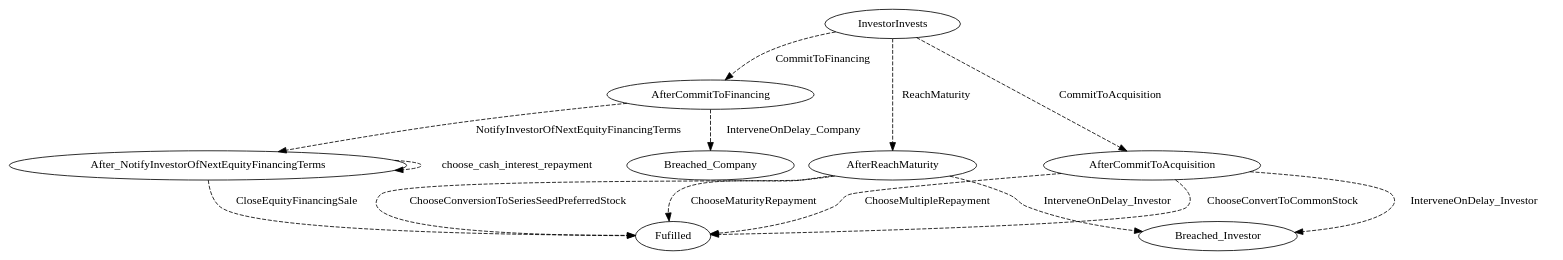
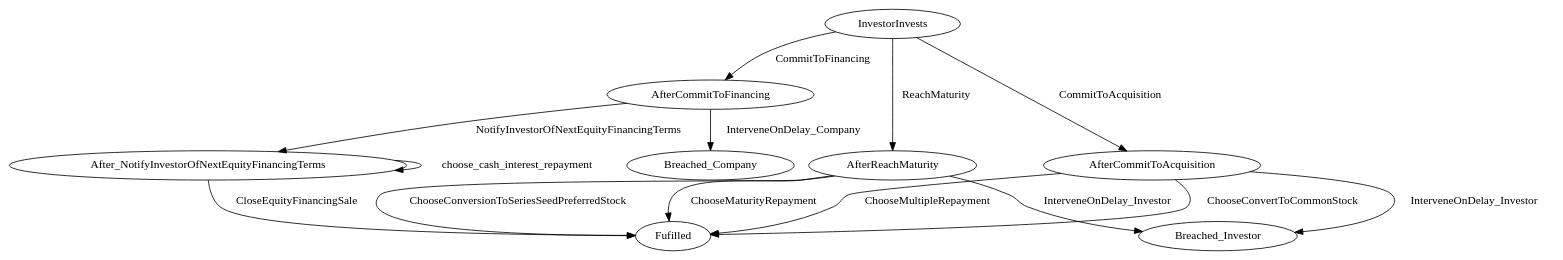
The diagram in linear_state_machine_language/pyL4/examples/out_graphviz/serious/KISS.dot (Marcao02/complaw-deeptech), drawn with Graphviz before and after one commit. The commit also changed 42 other files, not shown here.

Commit message:
optional effective path length bound in goodenough/flood example. solid not dashed lines in graphviz output.

```diff
--- a/linear_state_machine_language/pyL4/examples/out_graphviz/serious/KISS.dot
+++ b/linear_state_machine_language/pyL4/examples/out_graphviz/serious/KISS.dot
@@ -1,30 +1,30 @@
 // THIS IS A GENERATED FILE. DO NOT EDIT.
 
 digraph KISS {    
     Fulfilled[label=Fufilled];
     InvestorInvests[label=InvestorInvests];
 	After_NotifyInvestorOfNextEquityFinancingTerms[label=After_NotifyInvestorOfNextEquityFinancingTerms]
         
     
          
     
     
     
     
-    InvestorInvests -> AfterCommitToAcquisition [style=dashed,label=CommitToAcquisition];
-	InvestorInvests -> AfterCommitToFinancing [style=dashed,label=CommitToFinancing];
-	InvestorInvests -> AfterReachMaturity [style=dashed,label=ReachMaturity];
-	AfterCommitToFinancing -> After_NotifyInvestorOfNextEquityFinancingTerms [style=dashed,label=NotifyInvestorOfNextEquityFinancingTerms];
-	AfterCommitToFinancing -> Breached_Company [style=dashed,label=InterveneOnDelay_Company];
-	After_NotifyInvestorOfNextEquityFinancingTerms -> Fulfilled [style=dashed,label=CloseEquityFinancingSale];
-	AfterCommitToAcquisition -> Fulfilled [style=dashed,label=ChooseMultipleRepayment];
-	AfterCommitToAcquisition -> Fulfilled [style=dashed,label=ChooseConvertToCommonStock];
-	AfterCommitToAcquisition -> Breached_Investor [style=dashed,label=InterveneOnDelay_Investor];
-	AfterReachMaturity -> Fulfilled [style=dashed,label=ChooseConversionToSeriesSeedPreferredStock];
-	AfterReachMaturity -> Fulfilled [style=dashed,label=ChooseMaturityRepayment];
-	AfterReachMaturity -> Breached_Investor [style=dashed,label=InterveneOnDelay_Investor];
+    InvestorInvests -> AfterCommitToAcquisition [label=CommitToAcquisition];
+	InvestorInvests -> AfterCommitToFinancing [label=CommitToFinancing];
+	InvestorInvests -> AfterReachMaturity [label=ReachMaturity];
+	AfterCommitToFinancing -> After_NotifyInvestorOfNextEquityFinancingTerms [label=NotifyInvestorOfNextEquityFinancingTerms];
+	AfterCommitToFinancing -> Breached_Company [label=InterveneOnDelay_Company];
+	After_NotifyInvestorOfNextEquityFinancingTerms -> Fulfilled [label=CloseEquityFinancingSale];
+	AfterCommitToAcquisition -> Fulfilled [label=ChooseMultipleRepayment];
+	AfterCommitToAcquisition -> Fulfilled [label=ChooseConvertToCommonStock];
+	AfterCommitToAcquisition -> Breached_Investor [label=InterveneOnDelay_Investor];
+	AfterReachMaturity -> Fulfilled [label=ChooseConversionToSeriesSeedPreferredStock];
+	AfterReachMaturity -> Fulfilled [label=ChooseMaturityRepayment];
+	AfterReachMaturity -> Breached_Investor [label=InterveneOnDelay_Investor];
 	     
     
-    After_NotifyInvestorOfNextEquityFinancingTerms -> After_NotifyInvestorOfNextEquityFinancingTerms [style=dashed,label=choose_cash_interest_repayment];
+    After_NotifyInvestorOfNextEquityFinancingTerms -> After_NotifyInvestorOfNextEquityFinancingTerms [label=choose_cash_interest_repayment];
 	   
 }
```
